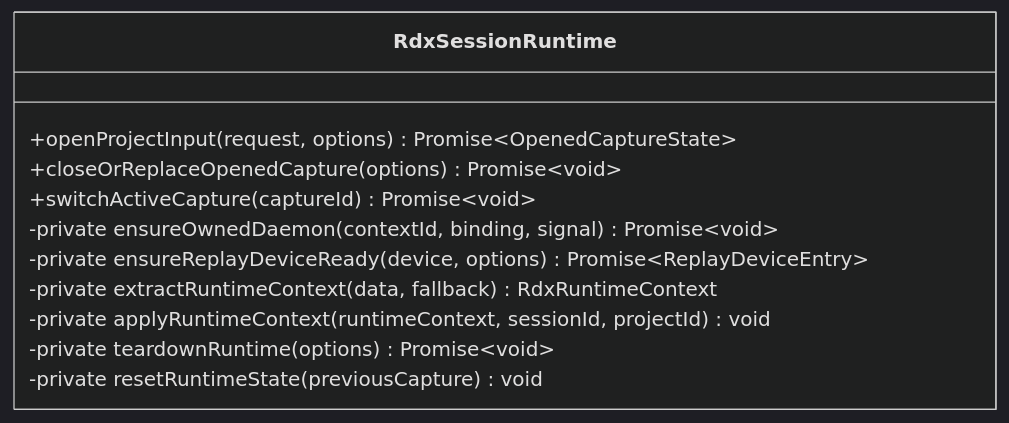
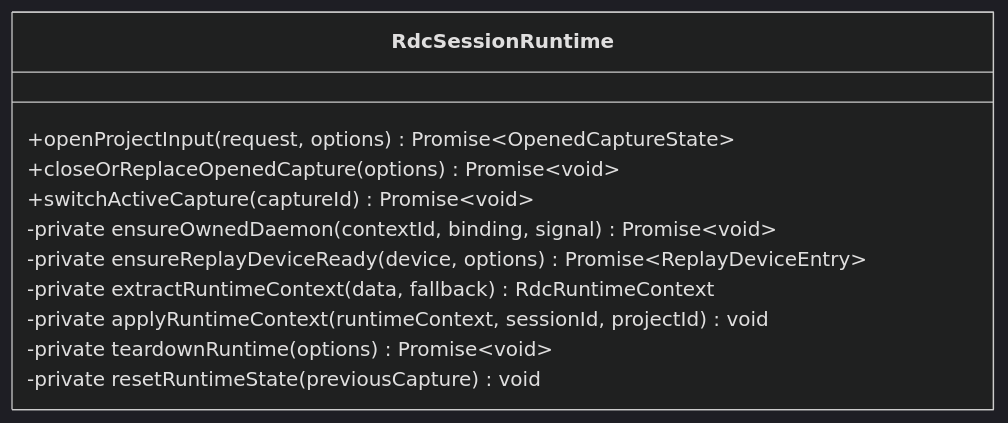
Before and after one commit to haolange/RDC-Agent: the fourth of 7 diagrams in .qoder/repowiki/zh/content/核心模块/会话管理系统/会话生命周期管理.md, drawn with Mermaid (dark theme). The commit also changed other lines of this file and 557 other files, not shown here.

````diff
--- a/.qoder/repowiki/zh/content/核心模块/会话管理系统/会话生命周期管理.md
+++ b/.qoder/repowiki/zh/content/核心模块/会话管理系统/会话生命周期管理.md
@@ -207,14 +207,14 @@
 ```mermaid
 classDiagram
-class RdxSessionRuntime {
+class RdcSessionRuntime {
 +openProjectInput(request, options) Promise~OpenedCaptureState~
 +closeOrReplaceOpenedCapture(options) Promise~void~
 +switchActiveCapture(captureId) Promise~void~
 -private ensureOwnedDaemon(contextId, binding, signal) Promise~void~
 -private ensureReplayDeviceReady(device, options) Promise~ReplayDeviceEntry~
--private extractRuntimeContext(data, fallback) RdxRuntimeContext
+-private extractRuntimeContext(data, fallback) RdcRuntimeContext
 -private applyRuntimeContext(runtimeContext, sessionId, projectId) void
 -private teardownRuntime(options) Promise~void~
 -private resetRuntimeState(previousCapture) void
 }
 ```
````
